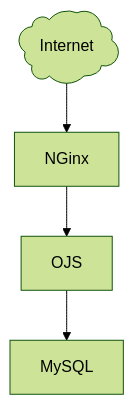
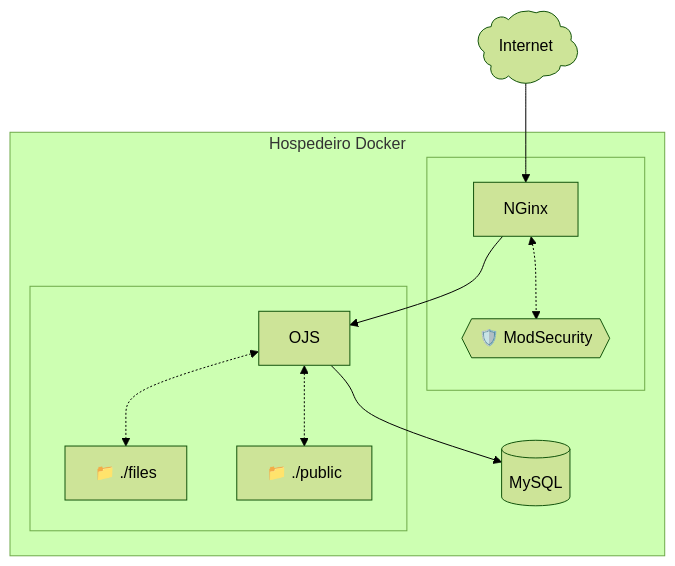
The diagram in docs/roteiro_upgrade.md (wandersoncorni/ojs-unimontes), drawn with Mermaid (forest theme) before and after one commit. The commit also changed other lines of this file, not shown here.

````diff
--- a/docs/roteiro_upgrade.md
+++ b/docs/roteiro_upgrade.md
@@ -55,6 +55,23 @@
 ```mermaid
     flowchart TD
-        A@{ shape: cloud, label: "Internet" }  --> B
-        B[NGinx] --> C[OJS]
-        C --> D[MySQL]
+    A@{ shape: cloud, label: "Internet" } --> B
+
+    subgraph Host ["Hospedeiro Docker"]
+
+        subgraph Nginx [" "]
+            B[NGinx] 
+            B<-.-> WAF{{"🛡️ ModSecurity"}}
+        end
+
+        B --> C
+
+        subgraph Web [" "]
+            C[OJS]           
+            C <-.-> V1["📁 ./files"]
+            C <-.-> V2["📁 ./public"]
+        end
+
+        C --> D[(MySQL)]     
+    end
+
 ```
````
